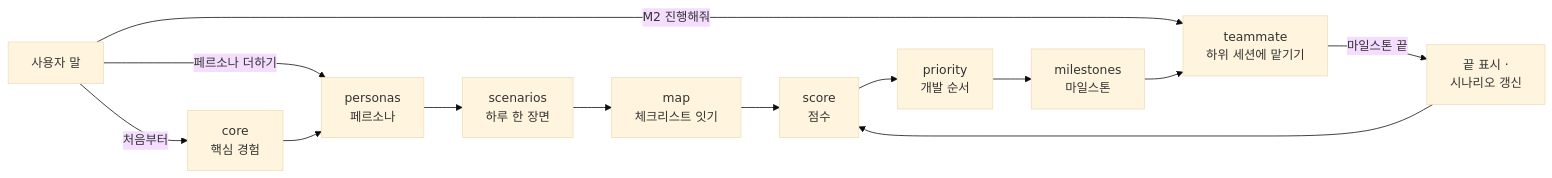
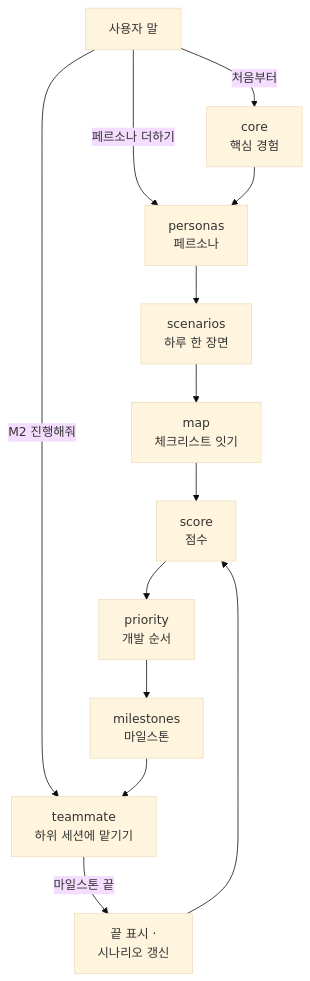
One commit to ff-1204/claude-haejo changed the first of 2 diagrams in README.md. Above: the diagram before and after it, drawn with Mermaid (base theme).

Commit message:
README: 기획 흐름 그림을 세로로 (가로는 글씨가 너무 작음)

````diff
--- a/README.md
+++ b/README.md
@@ -35,12 +35,12 @@
 ```mermaid
-flowchart LR
+flowchart TD
   say["사용자 말"] -->|"처음부터"| core["core<br/>핵심 경험"]
   say -->|"페르소나 더하기"| personas
   say -->|"M2 진행해줘"| teammate
   core --> personas["personas<br/>페르소나"] --> scenarios["scenarios<br/>하루 한 장면"]
   scenarios --> map["map<br/>체크리스트 잇기"] --> score["score<br/>점수"]
   score --> priority["priority<br/>개발 순서"] --> milestones["milestones<br/>마일스톤"]
   milestones --> teammate["teammate<br/>하위 세션에 맡기기"]
   teammate -->|"마일스톤 끝"| update["끝 표시 ·<br/>시나리오 갱신"]
   update --> score
 ```
````
